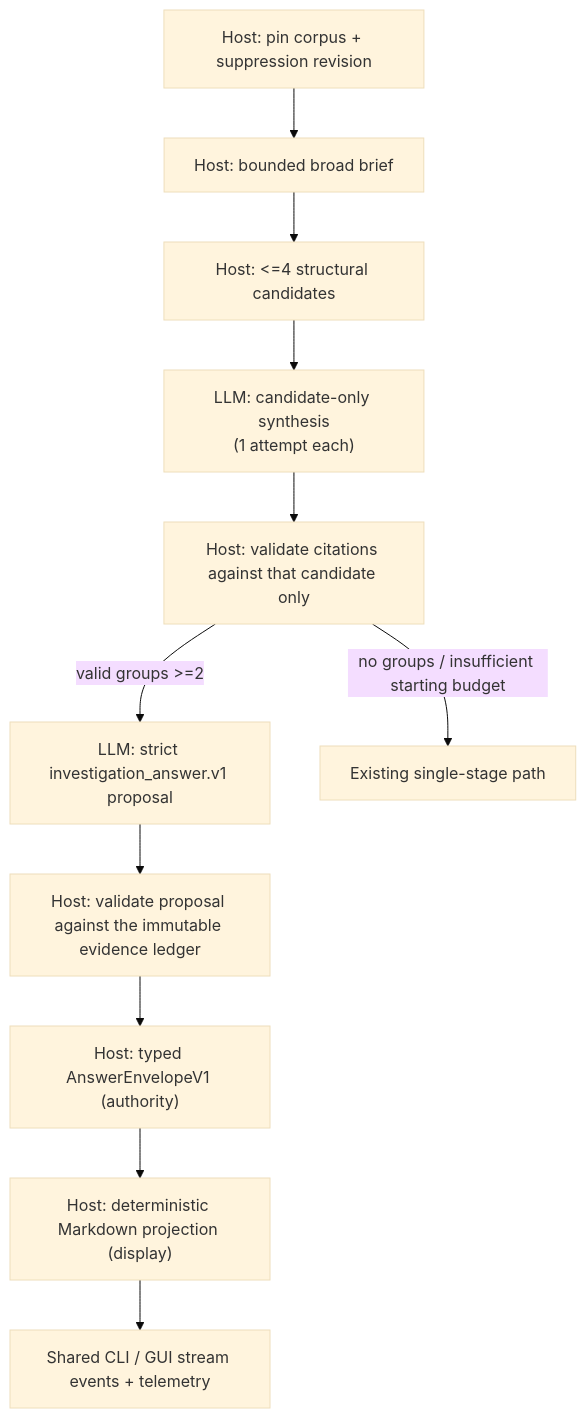
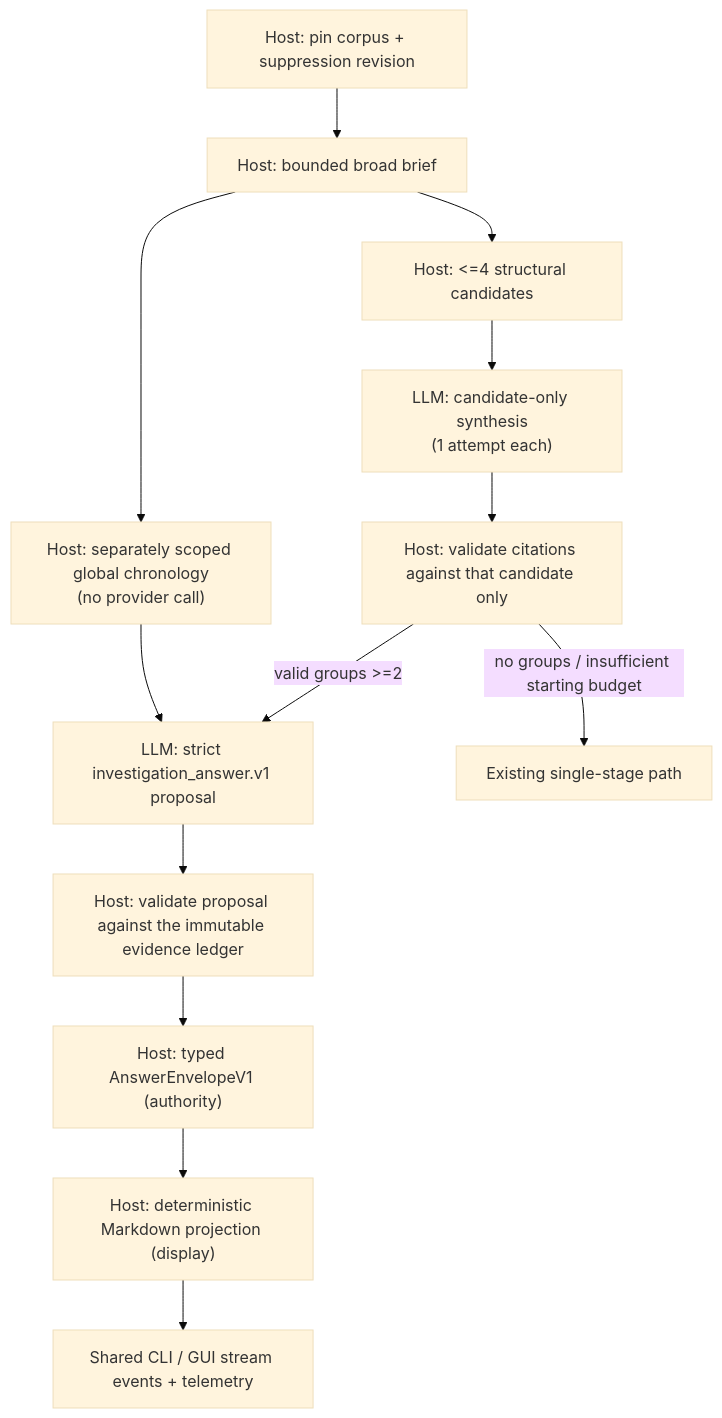
The diagram in docs/design/proven-methods/BOUNDED_MULTI_STAGE_BROAD_TRIAGE.md (chriscase/ContextDesk), drawn with Mermaid (base theme) before and after one commit. The commit also changed other lines of this file and 7 other files, not shown here.

Commit message:
fix: preserve global timeline evidence in staged triage

````diff
--- a/docs/design/proven-methods/BOUNDED_MULTI_STAGE_BROAD_TRIAGE.md
+++ b/docs/design/proven-methods/BOUNDED_MULTI_STAGE_BROAD_TRIAGE.md
@@ -9,13 +9,15 @@
 ```mermaid
 flowchart TD
     H["Host: pin corpus + suppression revision"] --> B["Host: bounded broad brief"]
     B --> C["Host: <=4 structural candidates"]
+    B --> T["Host: separately scoped global chronology\n(no provider call)"]
     C --> S["LLM: candidate-only synthesis\n(1 attempt each)"]
     S --> V["Host: validate citations against that candidate only"]
     V -->|"valid groups >=2"| F["LLM: strict investigation_answer.v1 proposal"]
+    T --> F
     V -->|"no groups / insufficient starting budget"| L["Existing single-stage path"]
     F --> G["Host: validate proposal against the immutable evidence ledger"]
     G --> E["Host: typed AnswerEnvelopeV1 (authority)"]
     E --> M["Host: deterministic Markdown projection (display)"]
     M --> O["Shared CLI / GUI stream events + telemetry"]
 ```
````
